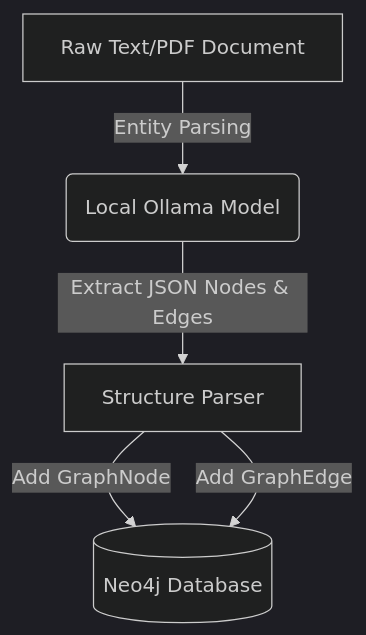
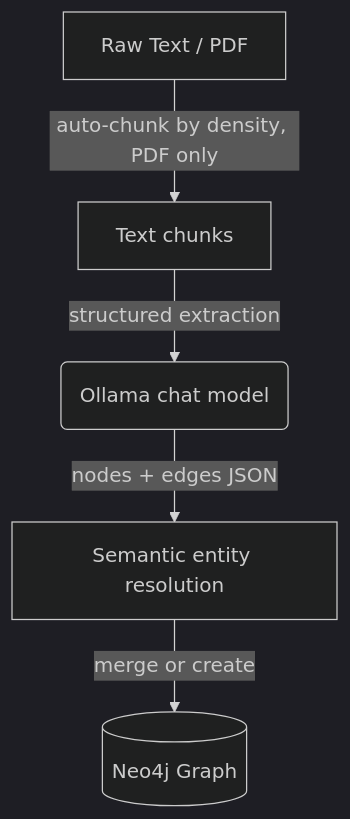
Before and after one commit to Vansh07Gupta/Sourcely: the first of 2 diagrams in README.md, drawn with Mermaid (dark theme). The commit also changed other lines of this file and 13 other files, not shown here.

````diff
--- a/README.md
+++ b/README.md
@@ -63,7 +73,7 @@
 ```mermaid
 flowchart TD
-    Doc[Raw Text/PDF Document] -->|Entity Parsing| LLM(Local Ollama Model)
-    LLM -->|Extract JSON Nodes & Edges| Parser[Structure Parser]
-    Parser -->|Add GraphNode| DB[(Neo4j Database)]
-    Parser -->|Add GraphEdge| DB
+    Doc[Raw Text / PDF] -->|auto-chunk by density, PDF only| Chunks[Text chunks]
+    Chunks -->|structured extraction| LLM(Ollama chat model)
+    LLM -->|nodes + edges JSON| Resolve[Semantic entity resolution]
+    Resolve -->|merge or create| DB[(Neo4j Graph)]
 ```
````
